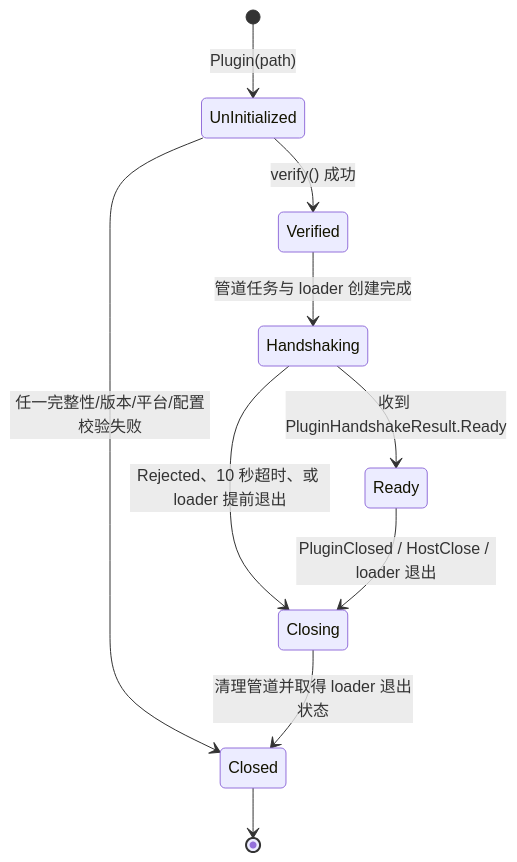
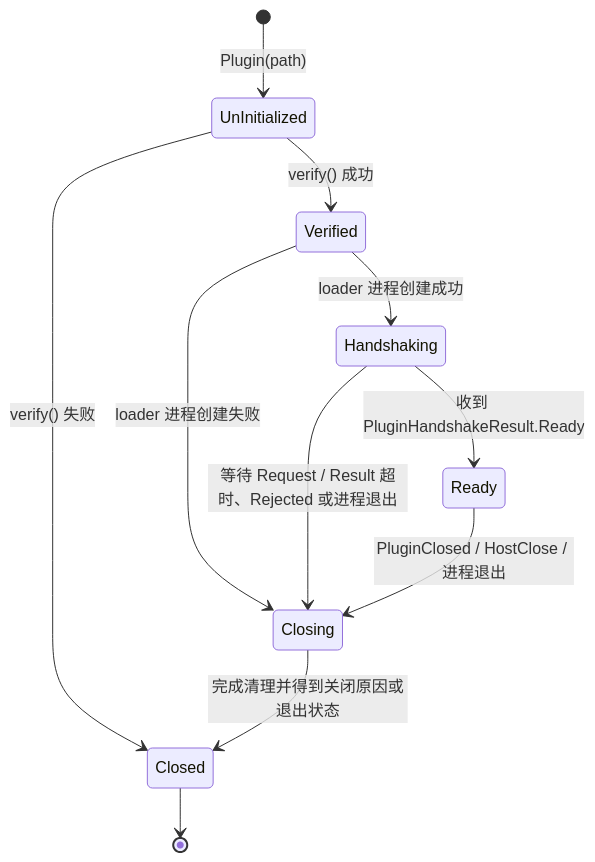
Before and after one commit to magic-cucumber/milky-console: the first of 3 diagrams in docs/plugin-lifecycle.md, drawn with Mermaid. The commit also changed other lines of this file and 1 other file, not shown here.

````diff
--- a/docs/plugin-lifecycle.md
+++ b/docs/plugin-lifecycle.md
@@ -27,14 +20,16 @@
 ```mermaid
 stateDiagram-v2
     [*] --> UnInitialized: Plugin(path)
     UnInitialized --> Verified: verify() 成功
-    UnInitialized --> Closed: 任一完整性/版本/平台/配置校验失败
+    UnInitialized --> Closed: verify() 失败
 
-    Verified --> Handshaking: 管道任务与 loader 创建完成
+    Verified --> Handshaking: loader 进程创建成功
+    Verified --> Closing: loader 进程创建失败
+
     Handshaking --> Ready: 收到 PluginHandshakeResult.Ready
-    Handshaking --> Closing: Rejected、10 秒超时、或 loader 提前退出
-    Closing --> Closed: 清理管道并取得 loader 退出状态
+    Handshaking --> Closing: 等待 Request / Result 超时、Rejected 或进程退出
 
-    Ready --> Closing: PluginClosed / HostClose / loader 退出
+    Ready --> Closing: PluginClosed / HostClose / 进程退出
+    Closing --> Closed: 完成清理并得到关闭原因或退出状态
     Closed --> [*]
 ```
````
